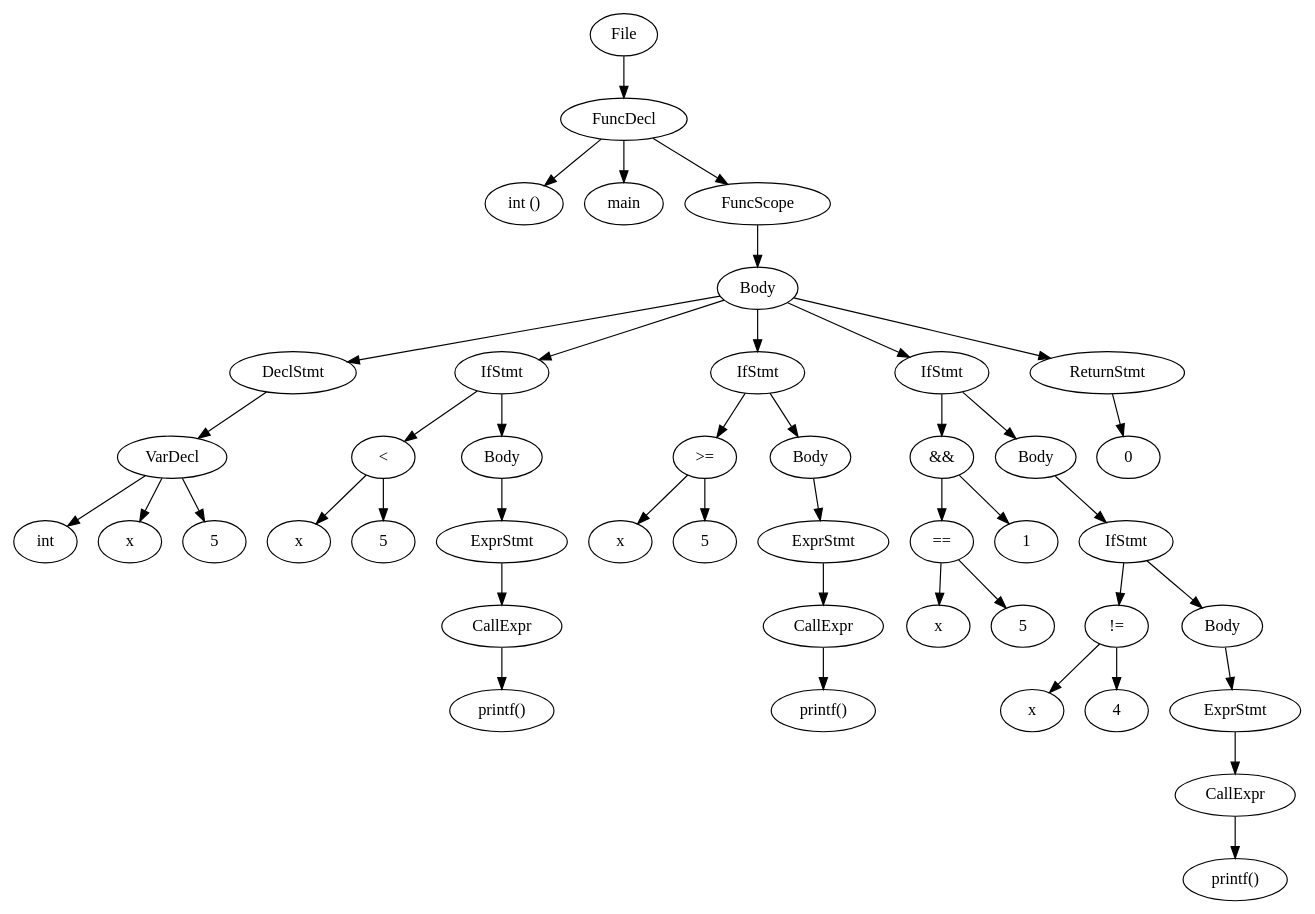
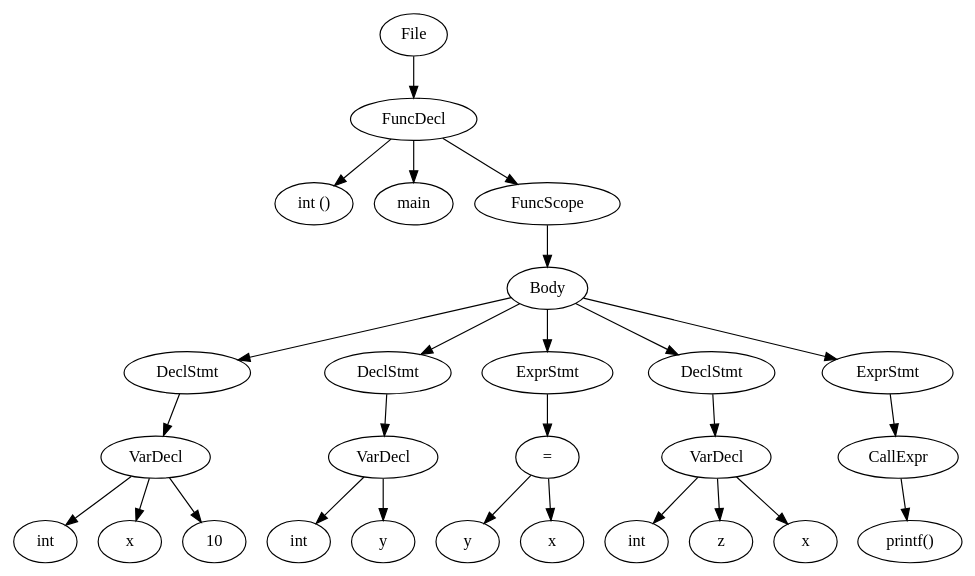
Before and after one commit to LarsDeLeeuw/Compilers: the diagram in src/output.dot, drawn with Graphviz. The commit also changed 12 other files, not shown here.

```diff
--- a/src/output.dot
+++ b/src/output.dot
@@ -1,88 +1,54 @@
 digraph {n0 [label="File"];
 n1 [label="FuncDecl"];
 n2 [label="int ()"];
 n3 [label="main"];
 n4 [label="FuncScope"];
 n6 [label="Body"];
 n8 [label="DeclStmt"];
 n9 [label="VarDecl"];
 n10 [label="int"];
 n11 [label="x"];
-n12 [label="5"];
-n13 [label="IfStmt"];
-n15 [label="<"];
-n16 [label="x"];
-n17 [label="5"];
-n18 [label="Body"];
-n20 [label="ExprStmt"];
-n21 [label="CallExpr"];
-n22 [label="printf()"];
-n24 [label="IfStmt"];
-n26 [label=">="];
-n27 [label="x"];
-n28 [label="5"];
-n29 [label="Body"];
-n31 [label="ExprStmt"];
-n32 [label="CallExpr"];
-n33 [label="printf()"];
-n35 [label="IfStmt"];
-n37 [label="&&"];
-n38 [label="=="];
-n39 [label="x"];
-n40 [label="5"];
-n41 [label="1"];
-n42 [label="Body"];
-n44 [label="IfStmt"];
-n46 [label="!="];
-n47 [label="x"];
-n48 [label="4"];
-n49 [label="Body"];
-n51 [label="ExprStmt"];
-n52 [label="CallExpr"];
-n53 [label="printf()"];
-n55 [label="ReturnStmt"];
-n56 [label="0"];
+n12 [label="10"];
+n13 [label="DeclStmt"];
+n14 [label="VarDecl"];
+n15 [label="int"];
+n16 [label="y"];
+n18 [label="ExprStmt"];
+n19 [label="="];
+n20 [label="y"];
+n21 [label="x"];
+n22 [label="DeclStmt"];
+n23 [label="VarDecl"];
+n24 [label="int"];
+n25 [label="z"];
+n26 [label="x"];
+n27 [label="ExprStmt"];
+n28 [label="CallExpr"];
+n29 [label="printf()"];
 n0 -> n1
 n1 -> n2
 n1 -> n3
 n1 -> n4
 n4 -> n6
 n6 -> n8
 n8 -> n9
 n9 -> n10
 n9 -> n11
 n9 -> n12
 n6 -> n13
-n13 -> n15
-n15 -> n16
-n15 -> n17
-n13 -> n18
-n18 -> n20
-n20 -> n21
-n21 -> n22
-n6 -> n24
-n24 -> n26
-n26 -> n27
-n26 -> n28
-n24 -> n29
-n29 -> n31
-n31 -> n32
-n32 -> n33
-n6 -> n35
-n35 -> n37
-n37 -> n38
-n38 -> n39
-n38 -> n40
-n37 -> n41
-n35 -> n42
-n42 -> n44
-n44 -> n46
-n46 -> n47
-n46 -> n48
-n44 -> n49
-n49 -> n51
-n51 -> n52
-n52 -> n53
-n6 -> n55
-n55 -> n56
+n13 -> n14
+n14 -> n15
+n14 -> n16
+n6 -> n18
+n18 -> n19
+n19 -> n20
+n19 -> n21
+n6 -> n22
+n22 -> n23
+n23 -> n24
+n23 -> n25
+n23 -> n26
+n6 -> n27
+n27 -> n28
+n28 -> n29
 }
```
